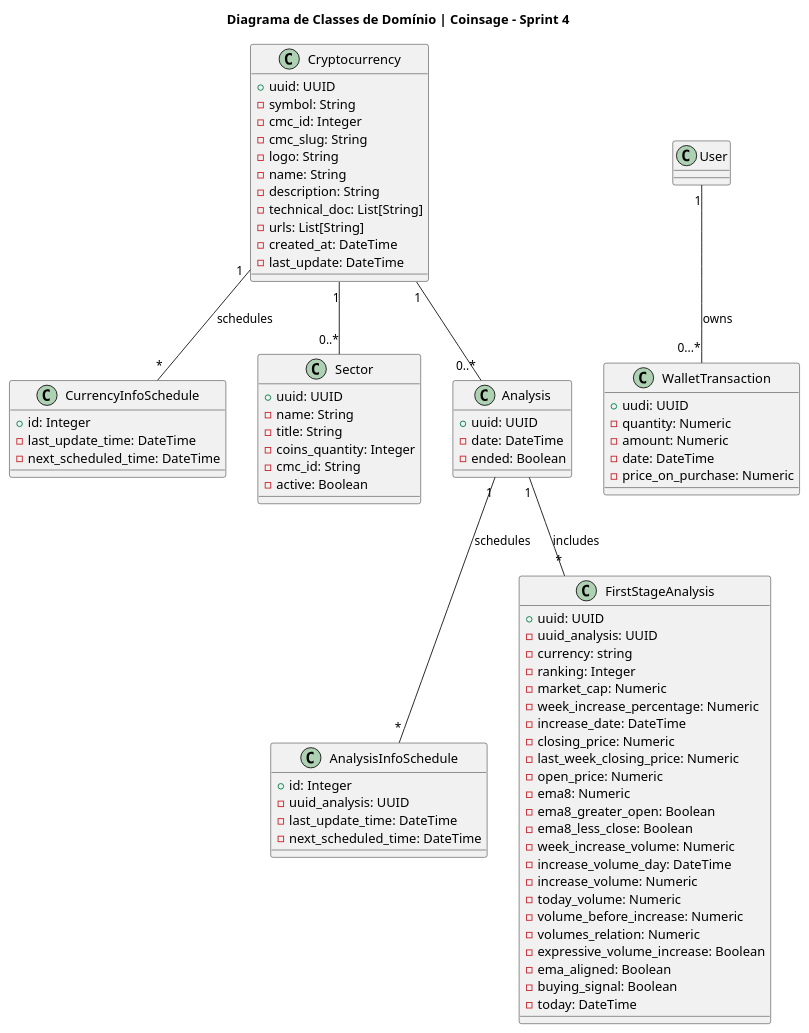
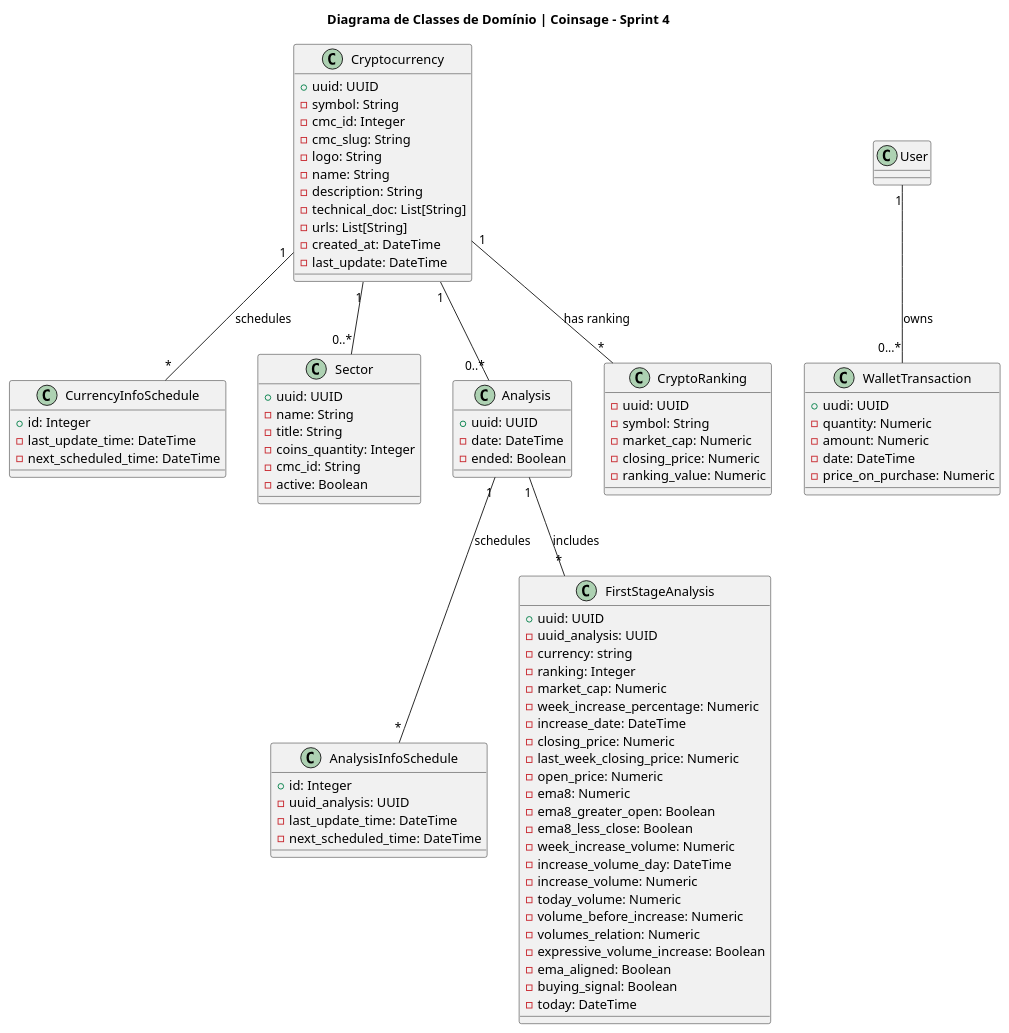
Before and after one commit to ICEI-PUC-Minas-PPLES-TI/plf-es-2024-1-ti3-8981100-coinsage: the diagram in Artefatos/diagramas/diagrama_de_classes/class_diagram.plantuml, drawn with PlantUML. The commit also changed 1 other file, not shown here.

Commit message:
added new class-diagram with collect ranking feature

```diff
--- a/Artefatos/diagramas/diagrama_de_classes/class_diagram.plantuml
+++ b/Artefatos/diagramas/diagrama_de_classes/class_diagram.plantuml
@@ -1,93 +1,101 @@
 @startuml Diagrama de Classes
 title Diagrama de Classes de Domínio | Coinsage - Sprint 4
 
 class Cryptocurrency {
     + uuid: UUID
     - symbol: String
     - cmc_id: Integer
     - cmc_slug: String
     - logo: String
     - name: String
     - description: String
     - technical_doc: List[String]
     - urls: List[String]
     - created_at: DateTime
     - last_update: DateTime
 }
 
 class CurrencyInfoSchedule {
     + id: Integer
     - last_update_time: DateTime
     - next_scheduled_time: DateTime
 
 }
 
 class Sector {
     + uuid: UUID
     - name: String
     - title: String
     - coins_quantity: Integer
     - cmc_id: String
     - active: Boolean
 }
 
 class Analysis {
     + uuid: UUID
     - date: DateTime
     - ended: Boolean
 }
 
 class User {
 }
 
 class AnalysisInfoSchedule {
     + id: Integer
     - uuid_analysis: UUID
     - last_update_time: DateTime
     - next_scheduled_time: DateTime
 }
 
 class FirstStageAnalysis {
     + uuid: UUID
     - uuid_analysis: UUID
     - currency: string
     - ranking: Integer
     - market_cap: Numeric
     - week_increase_percentage: Numeric
     - increase_date: DateTime
     - closing_price: Numeric
     - last_week_closing_price: Numeric
     - open_price: Numeric
     - ema8: Numeric
     - ema8_greater_open: Boolean
     - ema8_less_close: Boolean
     - week_increase_volume: Numeric
     - increase_volume_day: DateTime
     - increase_volume: Numeric
     - today_volume: Numeric
     - volume_before_increase: Numeric
     - volumes_relation: Numeric
     - expressive_volume_increase: Boolean
     - ema_aligned: Boolean
     - buying_signal: Boolean
     - today: DateTime
 }
 
 class WalletTransaction {
     + uudi: UUID
     - quantity: Numeric
     - amount: Numeric
     - date: DateTime
     - price_on_purchase: Numeric
 }
 
+class CryptoRanking {
+    - uuid: UUID
+    - symbol: String
+    - market_cap: Numeric
+    - closing_price: Numeric
+    - ranking_value: Numeric
+}
+
 ' Relações entre as classes
 Cryptocurrency "1" -- "*" CurrencyInfoSchedule: schedules
 Cryptocurrency "1" -- "0..*" Sector
 Cryptocurrency "1" -- "0..*" Analysis
 Analysis "1" -- "*" AnalysisInfoSchedule : schedules
 Analysis "1" -- "*" FirstStageAnalysis : includes
 User "1" -- "0...*" WalletTransaction : owns
-
+Cryptocurrency "1" -- "*" CryptoRanking : "has ranking"
 
 @enduml
```
